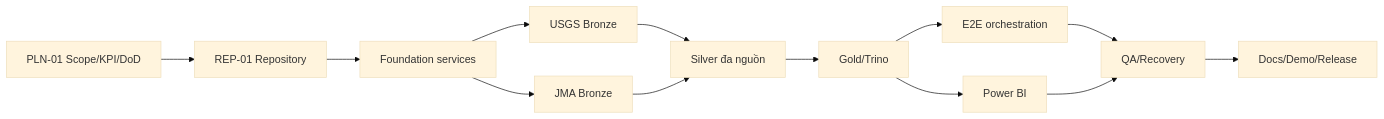
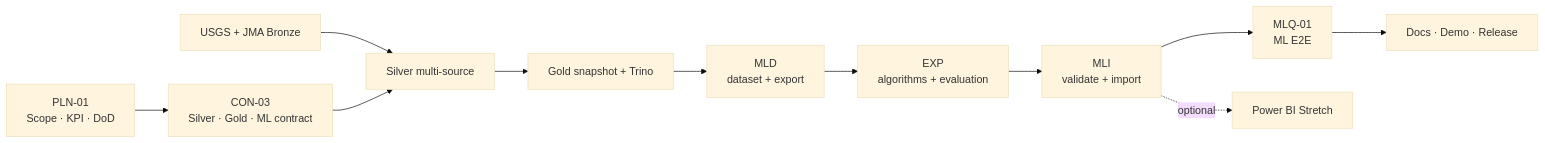
Before and after one commit to HoaiTam/japan-earthquake-etl: the second of 2 diagrams in docs/specs/MVP_SCOPE_KPI_AND_DOD.md, drawn with Mermaid (base theme). The commit also changed other lines of this file and 10 other files, not shown here.

````diff
--- a/docs/specs/MVP_SCOPE_KPI_AND_DOD.md
+++ b/docs/specs/MVP_SCOPE_KPI_AND_DOD.md
@@ -119,15 +172,13 @@
 ```mermaid
 flowchart LR
-    PLN["PLN-01 Scope/KPI/DoD"] --> REP["REP-01 Repository"]
-    REP --> FND["Foundation services"]
-    FND --> USG["USGS Bronze"]
-    FND --> JMA["JMA Bronze"]
-    USG --> SLV["Silver đa nguồn"]
-    JMA --> SLV
-    SLV --> GLD["Gold/Trino"]
-    GLD --> ORC["E2E orchestration"]
-    GLD --> BI["Power BI"]
-    ORC --> QA["QA/Recovery"]
-    BI --> QA
-    QA --> DOC["Docs/Demo/Release"]
+    PLN["PLN-01<br/>Scope · KPI · DoD"] --> CON["CON-03<br/>Silver · Gold · ML contract"]
+    SRC["USGS + JMA Bronze"] --> SLV["Silver multi-source"]
+    CON --> SLV
+    SLV --> GLD["Gold snapshot + Trino"]
+    GLD --> MLD["MLD<br/>dataset + export"]
+    MLD --> EXP["EXP<br/>algorithms + evaluation"]
+    EXP --> MLI["MLI<br/>validate + import"]
+    MLI --> MLQ["MLQ-01<br/>ML E2E"]
+    MLQ --> REL["Docs · Demo · Release"]
+    MLI -. "optional" .-> BI["Power BI Stretch"]
 ```
````
